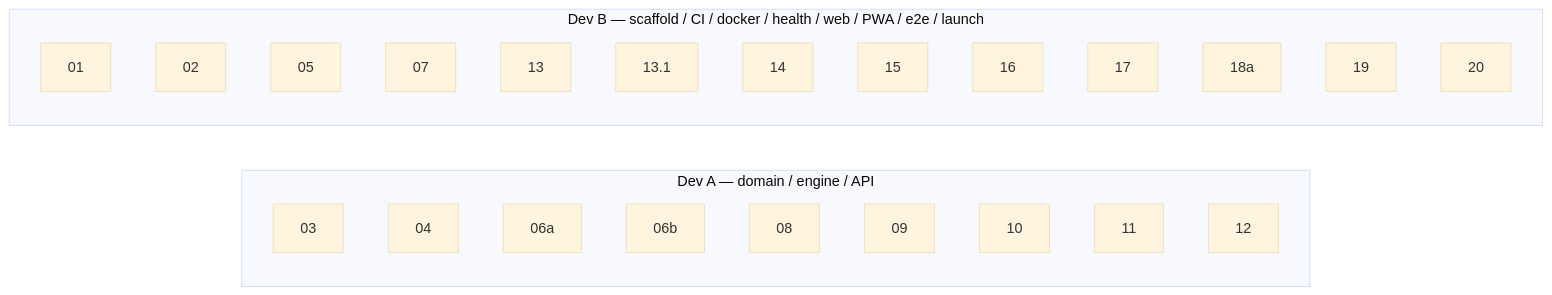
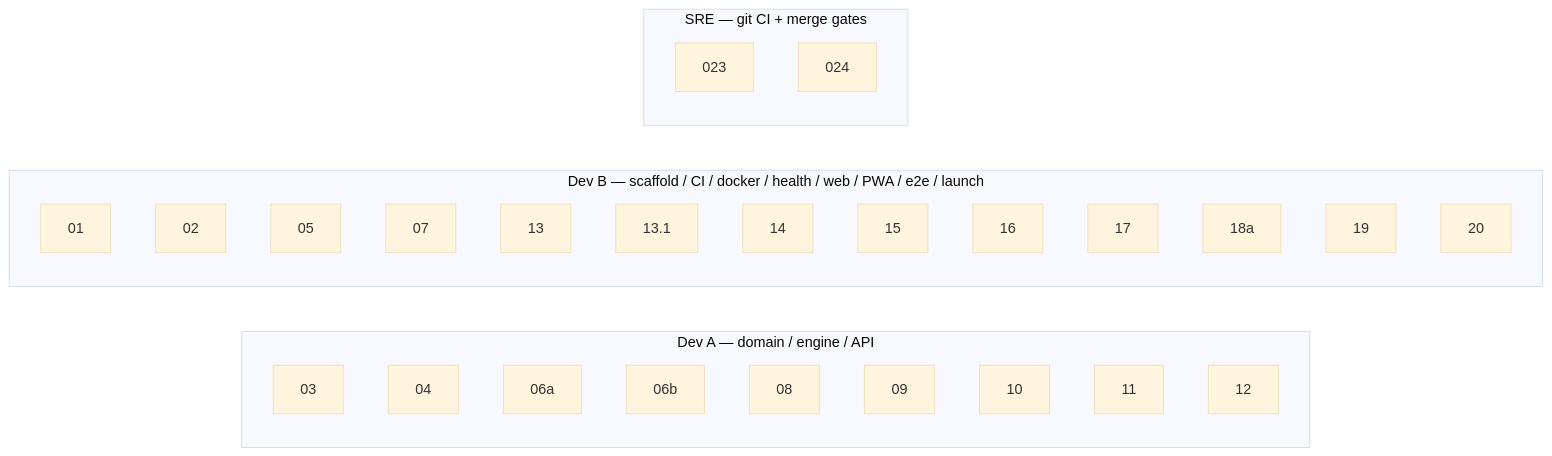
The second of 2 diagrams in docs/backlog/SPRINT_BOARD.md (timus97/Arise), drawn with Mermaid (base theme) before and after one commit. The commit also changed other lines of this file and 2 other files, not shown here.

Commit message:
docs: start Sprint 4; assign 012/014 and ingest SRE 023/024

````diff
--- a/docs/backlog/SPRINT_BOARD.md
+++ b/docs/backlog/SPRINT_BOARD.md
@@ -353,29 +371,33 @@
 ```mermaid
 flowchart LR
   subgraph DevA[Dev A — domain / engine / API]
     A1[03]
     A2[04]
     A3[06a]
     A4[06b]
     A5[08]
     A6[09]
     A7[10]
     A8[11]
     A9[12]
   end
   subgraph DevB[Dev B — scaffold / CI / docker / health / web / PWA / e2e / launch]
     B1[01]
     B2[02]
     B3[05]
     B4[07]
     B5[13]
     B6[13.1]
     B7[14]
     B8[15]
     B9[16]
     B10[17]
     B11[18a]
     B12[19]
     B13[20]
   end
+  subgraph SRE[SRE — git CI + merge gates]
+    S1[023]
+    S2[024]
+  end
 ```
````
